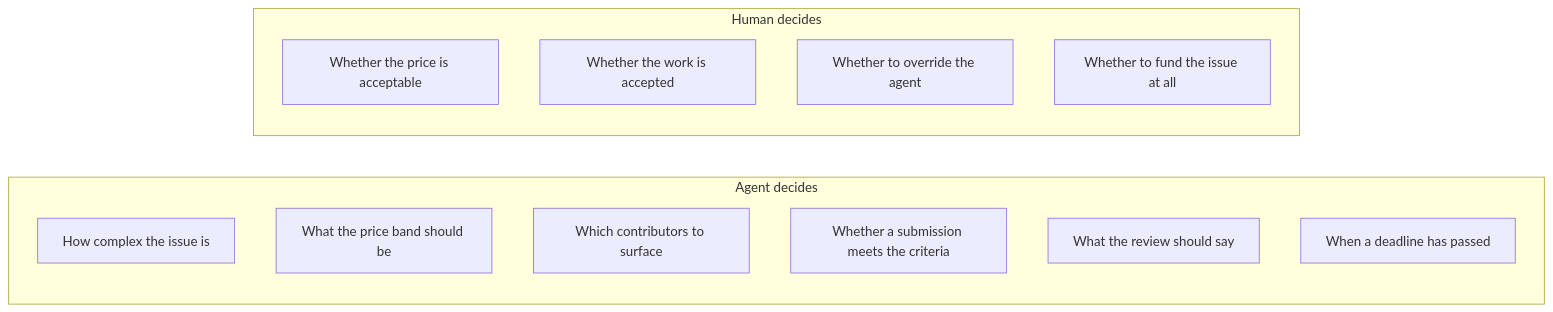
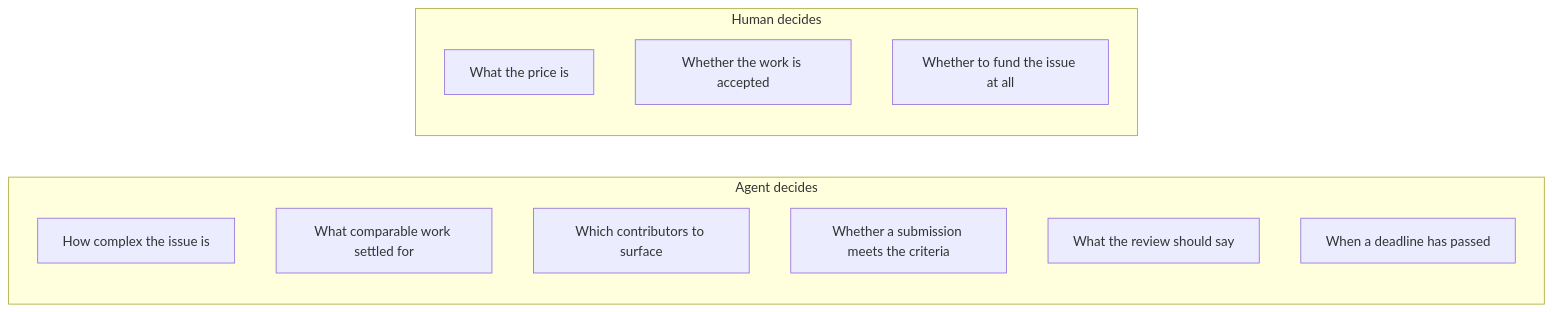
One commit to alienvisitor8675-bit/hackathon-circle-misthos changed the fourth of 5 diagrams in docs/misthos/05-how-it-works.md. Above: the diagram before and after it, drawn with Mermaid. The commit also changed other lines of this file and 56 other files, not shown here.

````diff
--- a/docs/misthos/05-how-it-works.md
+++ b/docs/misthos/05-how-it-works.md
@@ -127,17 +128,16 @@
 ```mermaid
 flowchart LR
     subgraph Agent["Agent decides"]
         A1["How complex the issue is"]
-        A2["What the price band should be"]
+        A2["What comparable work settled for"]
         A3["Which contributors to surface"]
         A4["Whether a submission meets the criteria"]
         A5["What the review should say"]
         A6["When a deadline has passed"]
     end
     subgraph Human["Human decides"]
-        H1["Whether the price is acceptable"]
+        H1["What the price is"]
         H2["Whether the work is accepted"]
-        H3["Whether to override the agent"]
-        H4["Whether to fund the issue at all"]
+        H3["Whether to fund the issue at all"]
     end
 ```
````
